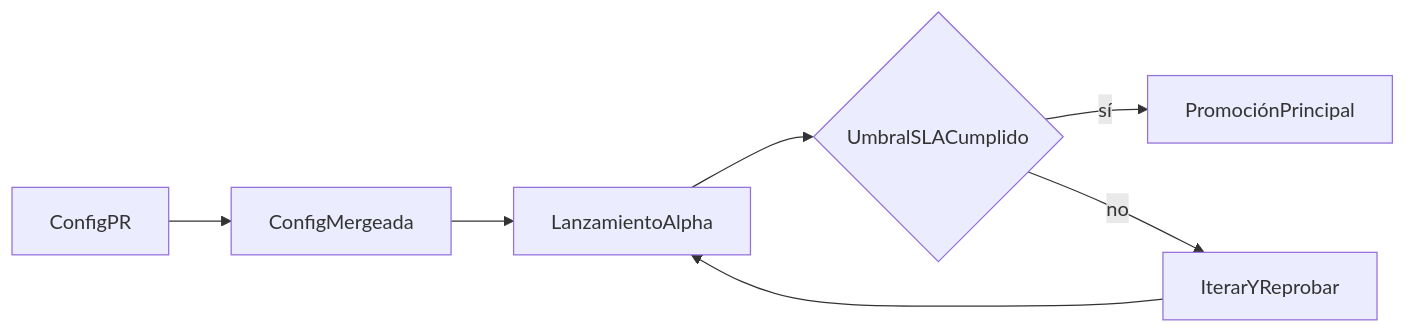
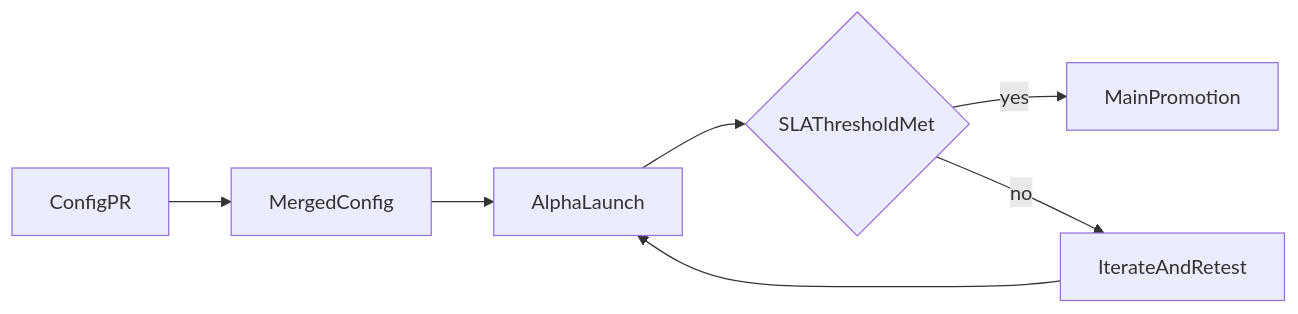
The diagram in translations/es/for-builders/global-currency-expansion.md (uditstocks/docs.p2pdotme), drawn with Mermaid before and after one commit. The commit also changed other lines of this file and 263 other files, not shown here.

````diff
--- a/translations/es/for-builders/global-currency-expansion.md
+++ b/translations/es/for-builders/global-currency-expansion.md
@@ -14,9 +14,9 @@
 ```mermaid
 flowchart LR
-    pr[ConfigPR] --> merge[ConfigMergeada]
-    merge --> alpha[LanzamientoAlpha]
-    alpha --> sla{UmbralSLACumplido}
-    sla -->|sí| main[PromociónPrincipal]
-    sla -->|no| iterate[IterarYReprobar]
+    pr[ConfigPR] --> merge[MergedConfig]
+    merge --> alpha[AlphaLaunch]
+    alpha --> sla{SLAThresholdMet}
+    sla -->|yes| main[MainPromotion]
+    sla -->|no| iterate[IterateAndRetest]
     iterate --> alpha
 ```
````
